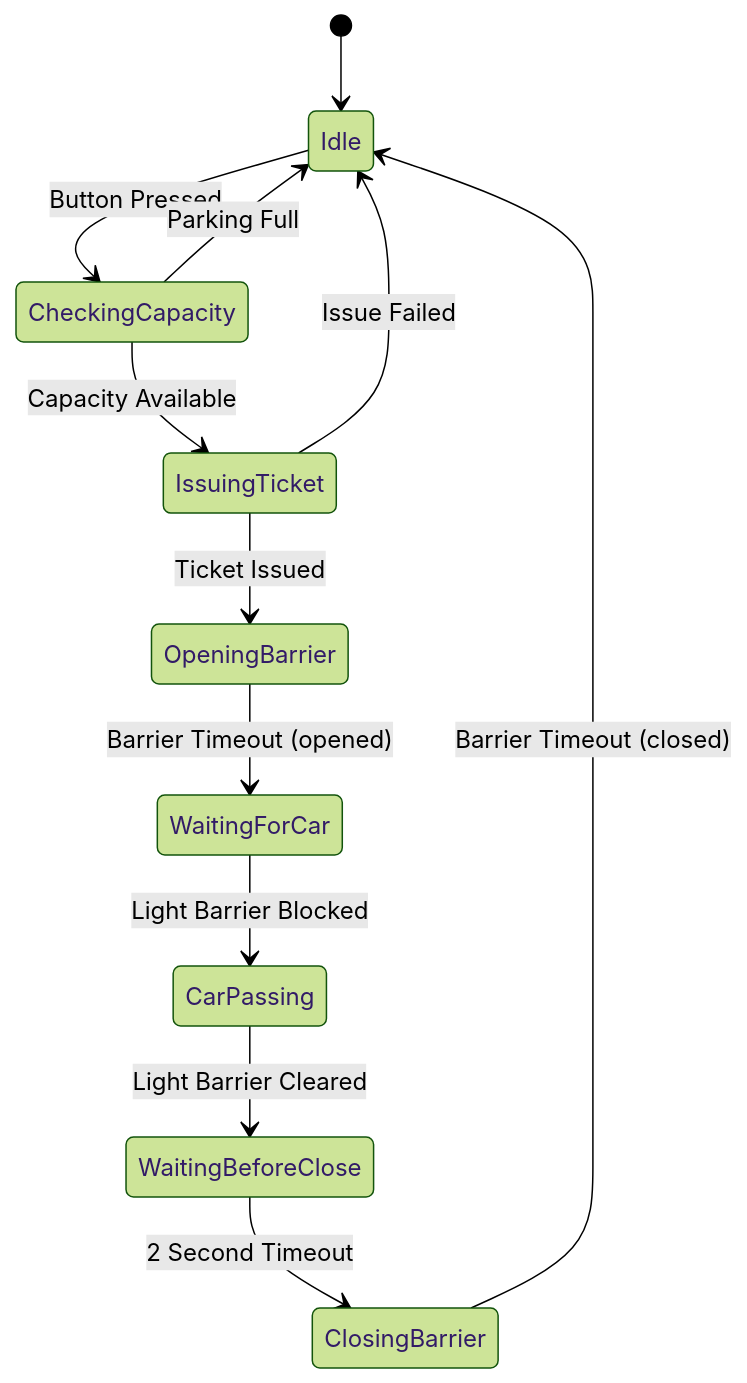
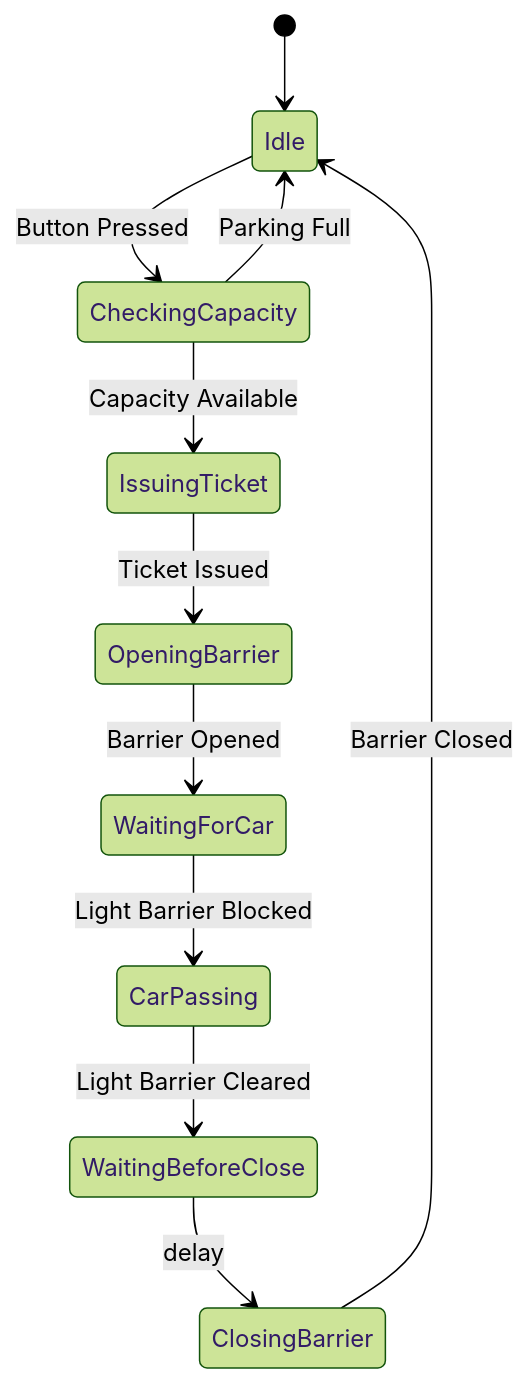
Before and after one commit to 0xfischer/parking_garage_control_system: the third of 4 diagrams in README.md, drawn with Mermaid (forest theme). The commit also changed other lines of this file and 1 other file, not shown here.

````diff
--- a/README.md
+++ b/README.md
@@ -181,15 +183,14 @@
 ```mermaid
 stateDiagram-v2
     [*] --> Idle
 
     Idle --> CheckingCapacity : Button Pressed
     CheckingCapacity --> IssuingTicket : Capacity Available
     CheckingCapacity --> Idle : Parking Full
     IssuingTicket --> OpeningBarrier : Ticket Issued
-    IssuingTicket --> Idle : Issue Failed
-    OpeningBarrier --> WaitingForCar : Barrier Timeout (opened)
+    OpeningBarrier --> WaitingForCar : Barrier Opened
     WaitingForCar --> CarPassing : Light Barrier Blocked
     CarPassing --> WaitingBeforeClose : Light Barrier Cleared
-    WaitingBeforeClose --> ClosingBarrier : 2 Second Timeout
-    ClosingBarrier --> Idle : Barrier Timeout (closed)
+    WaitingBeforeClose --> ClosingBarrier : delay
+    ClosingBarrier --> Idle : Barrier Closed
 ```
````
